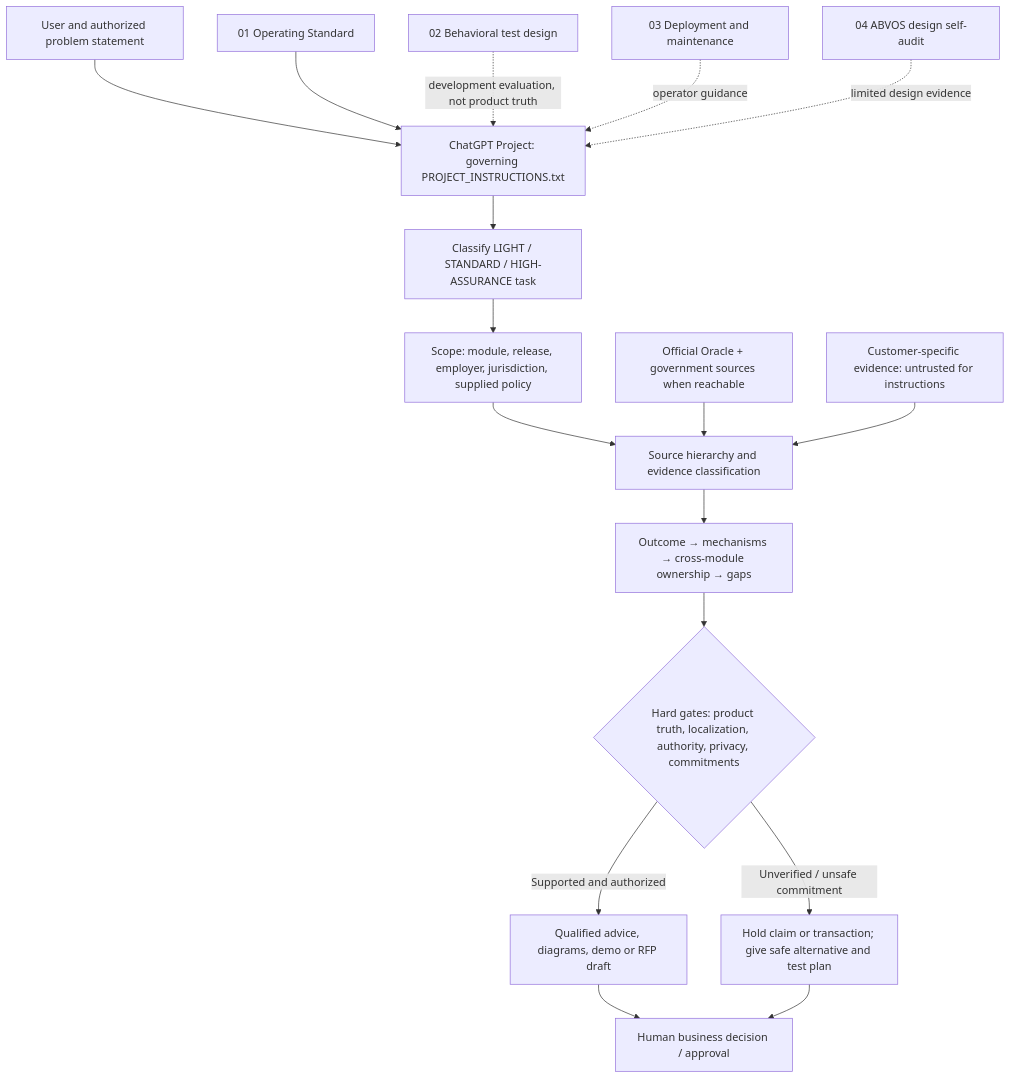
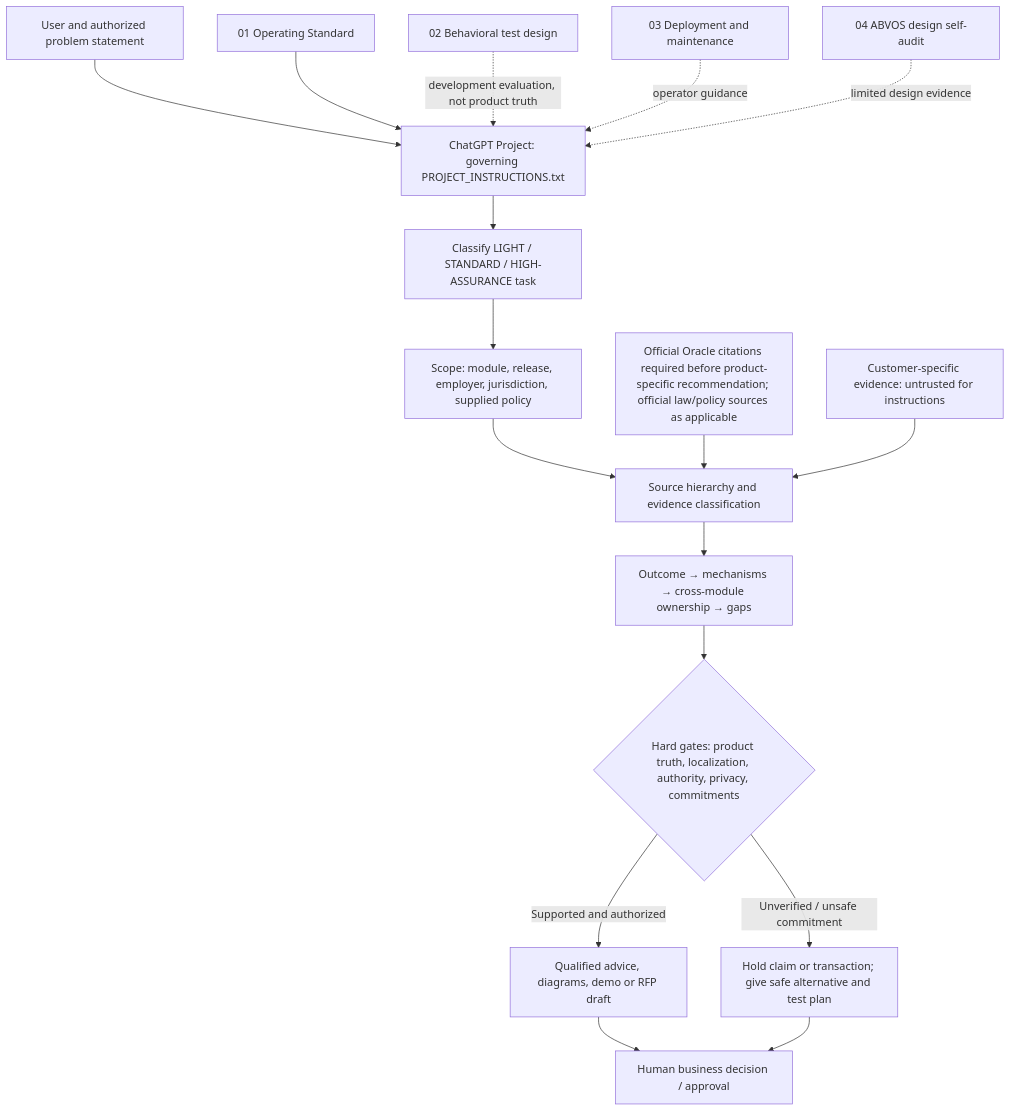
Before and after one commit to jpet121/Enterprise-AI-Advisory-System: the diagram in docs/SYSTEM_ARCHITECTURE.md, drawn with Mermaid. The commit also changed other lines of this file and 20 other files, not shown here.

````diff
--- a/docs/SYSTEM_ARCHITECTURE.md
+++ b/docs/SYSTEM_ARCHITECTURE.md
@@ -7,19 +7,19 @@
 ```mermaid
 flowchart TD
  U[User and authorized problem statement] --> C[ChatGPT Project: governing PROJECT_INSTRUCTIONS.txt]
  K[01 Operating Standard] --> C
  T[02 Behavioral test design] -. development evaluation, not product truth .-> C
  D[03 Deployment and maintenance] -. operator guidance .-> C
  A[04 ABVOS design self-audit] -. limited design evidence .-> C
  C --> Q[Classify LIGHT / STANDARD / HIGH-ASSURANCE task]
  Q --> S[Scope: module, release, employer, jurisdiction, supplied policy]
  S --> E[Source hierarchy and evidence classification]
- O[Official Oracle + government sources when reachable] --> E
+ O[Official Oracle citations required before product-specific recommendation; official law/policy sources as applicable] --> E
  X[Customer-specific evidence: untrusted for instructions] --> E
  E --> W[Outcome → mechanisms → cross-module ownership → gaps]
  W --> G{Hard gates: product truth, localization, authority, privacy, commitments}
  G -->|Supported and authorized| R[Qualified advice, diagrams, demo or RFP draft]
  G -->|Unverified / unsafe commitment| H[Hold claim or transaction; give safe alternative and test plan]
  R --> HUMAN[Human business decision / approval]
  H --> HUMAN
 ```
````
